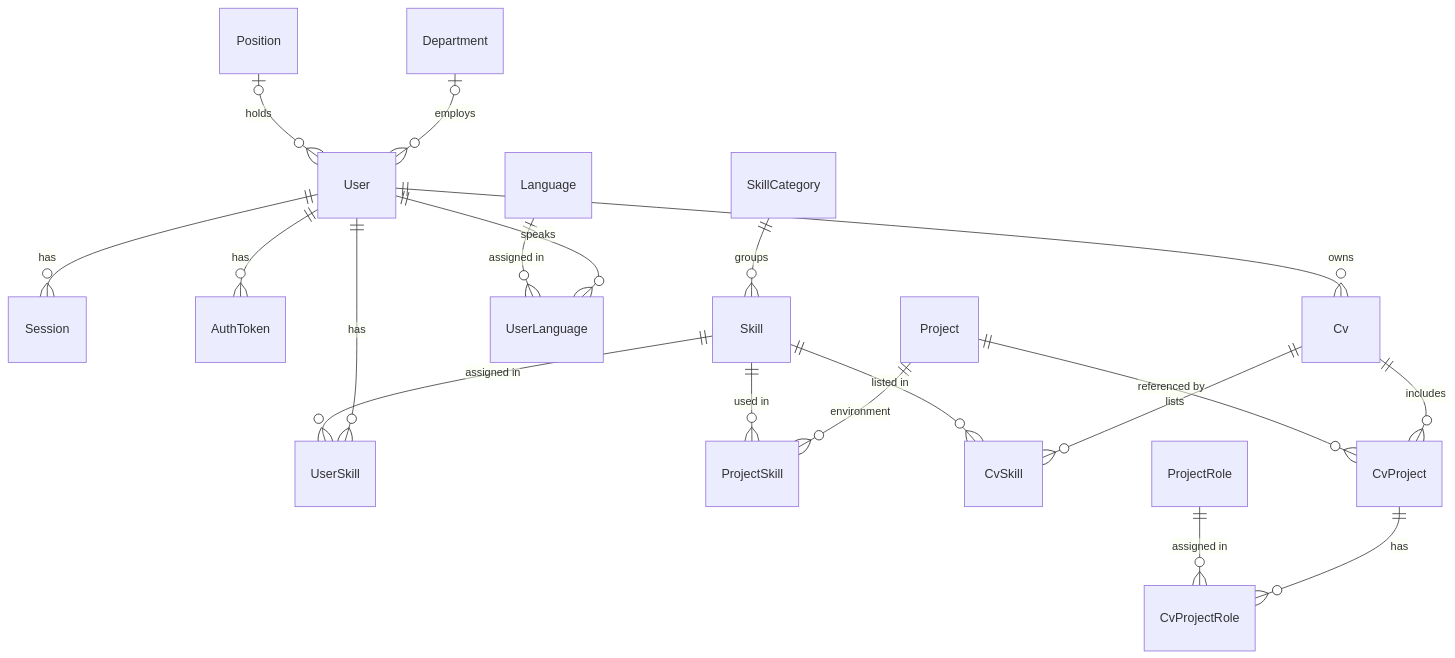
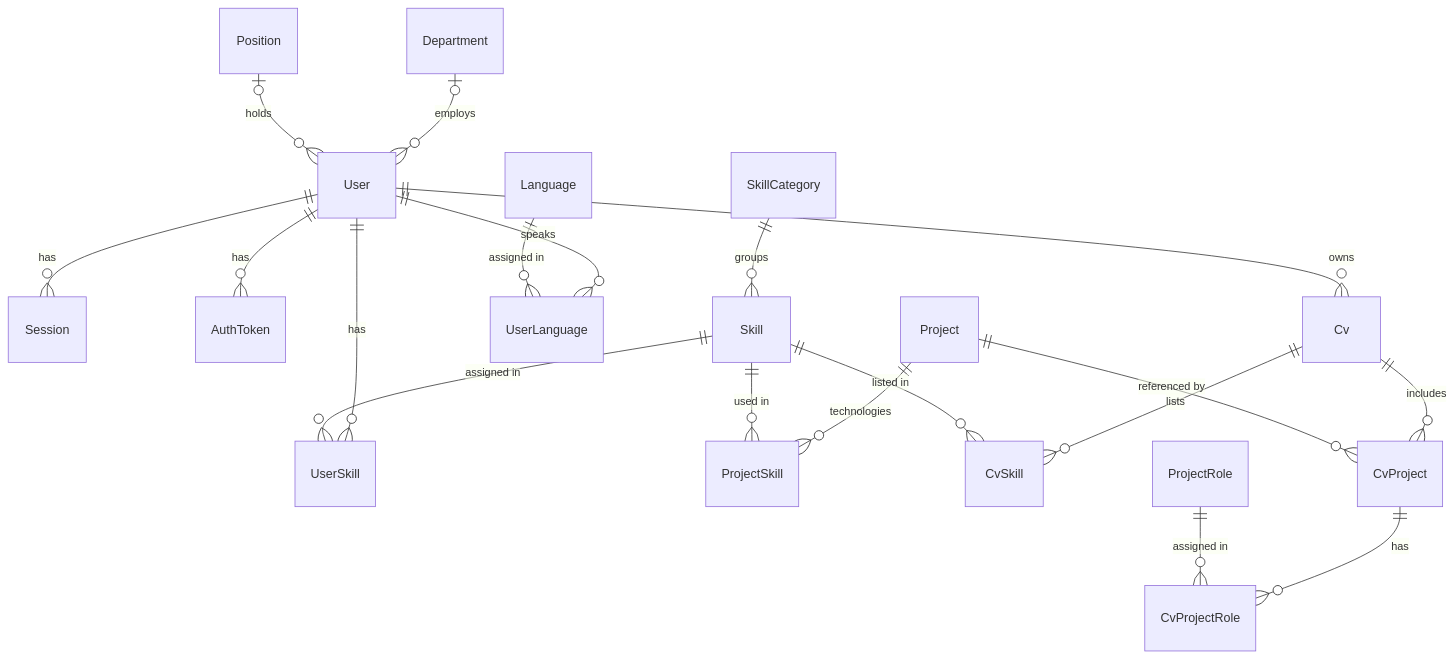
One commit to Arina-Vas/cv-builder changed the diagram in docs/data-model.md. Above: the diagram before and after it, drawn with Mermaid. The commit also changed other lines of this file and 11 other files, not shown here.

Commit message:
feat(backend): add shared GraphQL output types

````diff
--- a/docs/data-model.md
+++ b/docs/data-model.md
@@ -32,25 +32,25 @@
 ```mermaid
 erDiagram
     User ||--o{ Session : "has"
     User ||--o{ AuthToken : "has"
     Department |o--o{ User : "employs"
     Position |o--o{ User : "holds"
 
     User ||--o{ UserSkill : "has"
     Skill ||--o{ UserSkill : "assigned in"
     SkillCategory ||--o{ Skill : "groups"
 
     User ||--o{ UserLanguage : "speaks"
     Language ||--o{ UserLanguage : "assigned in"
 
-    Project ||--o{ ProjectSkill : "environment"
+    Project ||--o{ ProjectSkill : "technologies"
     Skill ||--o{ ProjectSkill : "used in"
 
     User ||--o{ Cv : "owns"
     Cv ||--o{ CvSkill : "lists"
     Skill ||--o{ CvSkill : "listed in"
     Cv ||--o{ CvProject : "includes"
     Project ||--o{ CvProject : "referenced by"
     CvProject ||--o{ CvProjectRole : "has"
     ProjectRole ||--o{ CvProjectRole : "assigned in"
 ```
````
